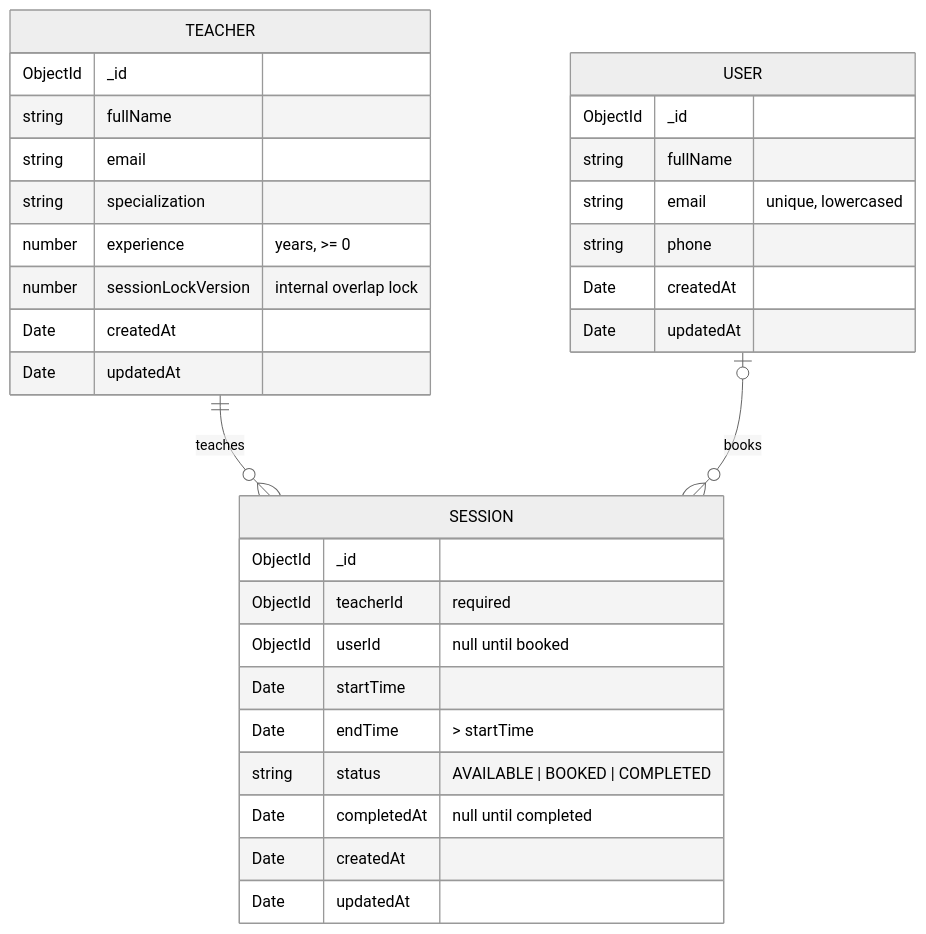
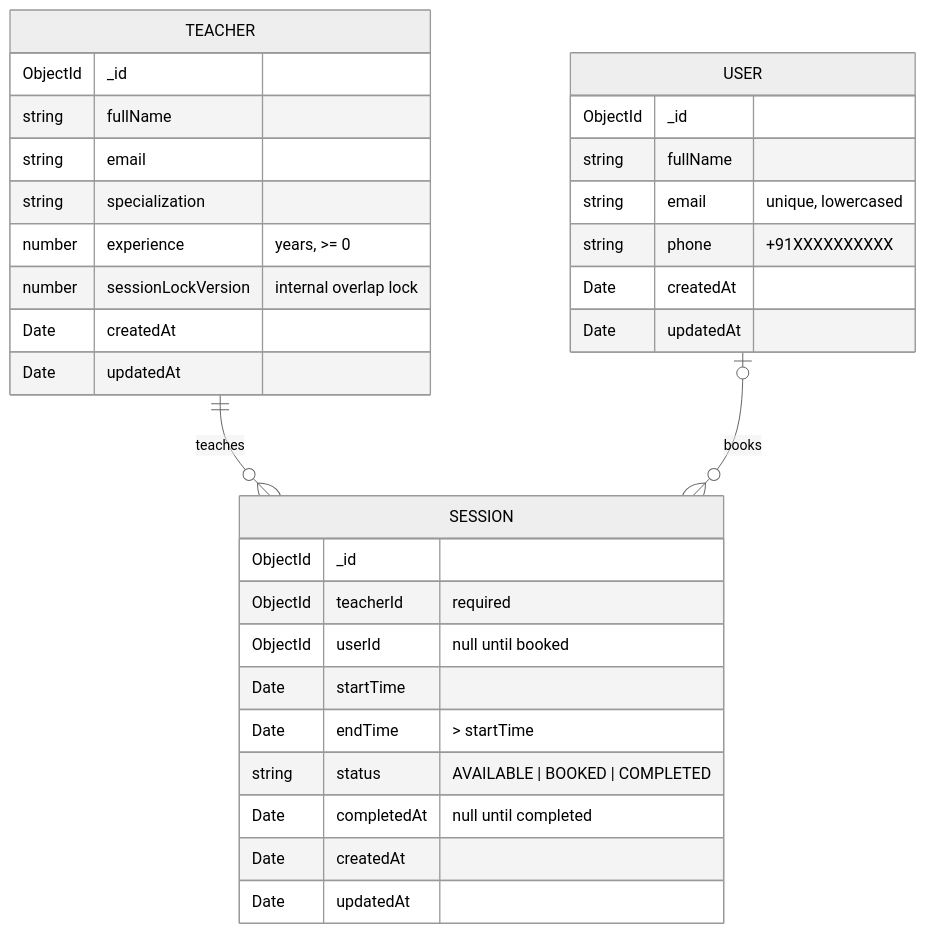
Before and after one commit to Shailesh-Kala/englishyaari-assessment: the third of 3 diagrams in docs/ARCHITECTURE.md, drawn with Mermaid (neutral theme). The commit also changed other lines of this file and 4 other files, not shown here.

````diff
--- a/docs/ARCHITECTURE.md
+++ b/docs/ARCHITECTURE.md
@@ -69,34 +69,34 @@
 ```mermaid
 erDiagram
     TEACHER ||--o{ SESSION : "teaches"
     USER |o--o{ SESSION : "books"
     USER {
         ObjectId _id
         string fullName
         string email "unique, lowercased"
-        string phone
+        string phone "+91XXXXXXXXXX"
         Date createdAt
         Date updatedAt
     }
     TEACHER {
         ObjectId _id
         string fullName
         string email
         string specialization
         number experience "years, >= 0"
         number sessionLockVersion "internal overlap lock"
         Date createdAt
         Date updatedAt
     }
     SESSION {
         ObjectId _id
         ObjectId teacherId "required"
         ObjectId userId "null until booked"
         Date startTime
         Date endTime "> startTime"
         string status "AVAILABLE | BOOKED | COMPLETED"
         Date completedAt "null until completed"
         Date createdAt
         Date updatedAt
     }
 ```
````
